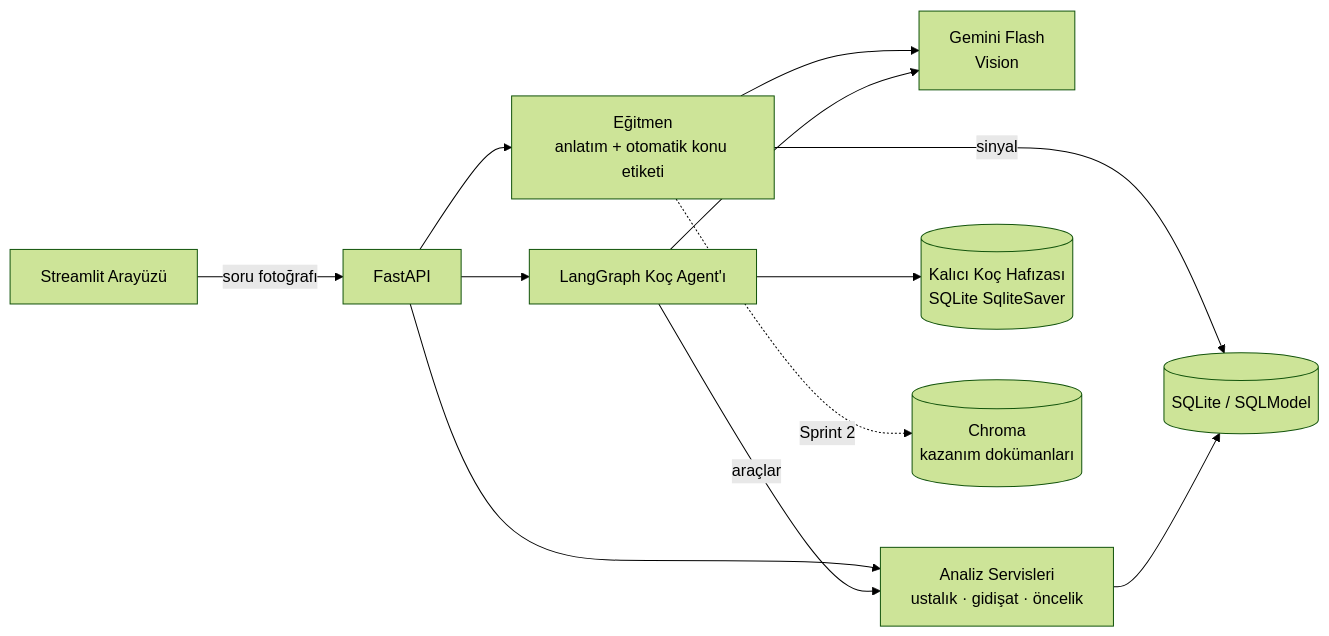
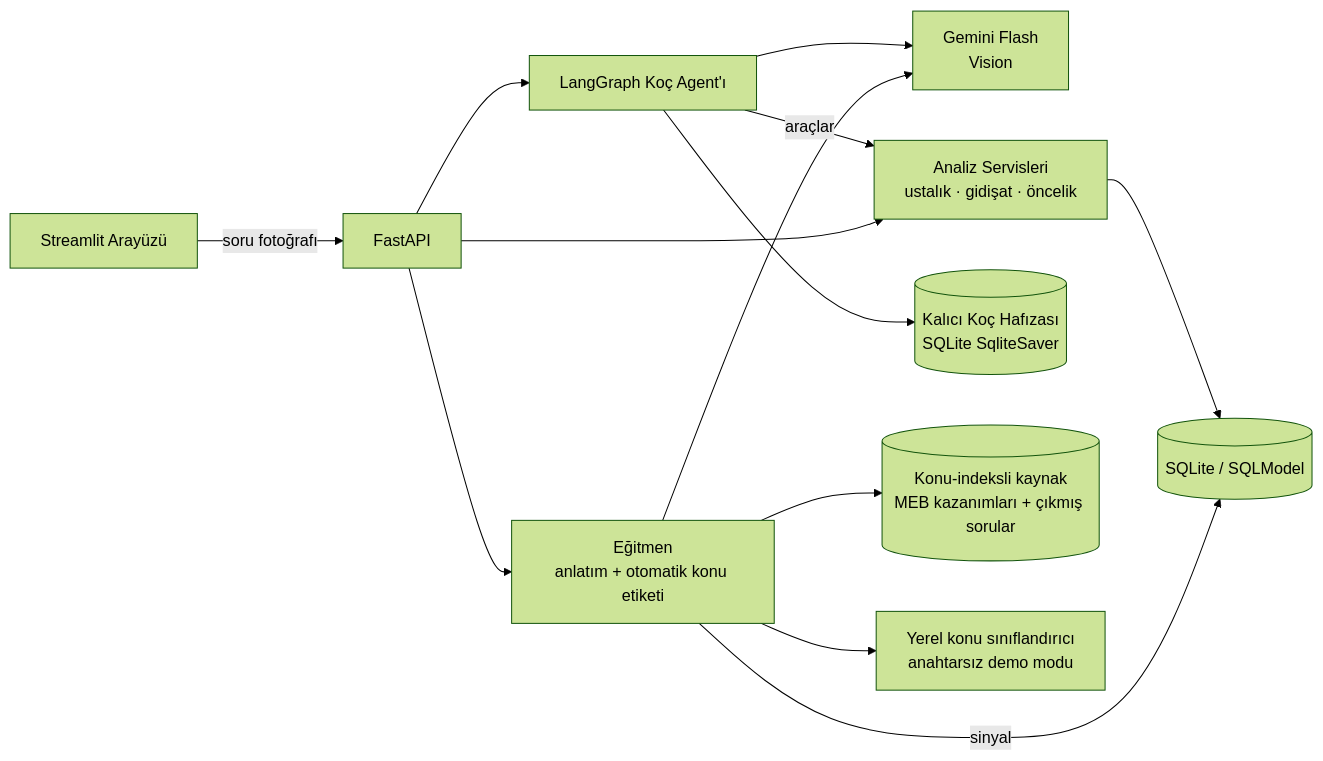
The diagram in README.md (Baharcakir/bootcamp-2026), drawn with Mermaid (forest theme) before and after one commit. The commit also changed other lines of this file and 11 other files, not shown here.

````diff
--- a/README.md
+++ b/README.md
@@ -82,14 +82,15 @@
 ```mermaid
 flowchart LR
     UI[Streamlit Arayüzü] -->|soru fotoğrafı| API[FastAPI]
     API --> TUT[Eğitmen<br/>anlatım + otomatik konu etiketi]
     TUT --> LLM[Gemini Flash<br/>Vision]
     TUT -->|sinyal| DB[(SQLite / SQLModel)]
     API --> SVC[Analiz Servisleri<br/>ustalık · gidişat · öncelik]
     SVC --> DB
     API --> AG[LangGraph Koç Agent'ı]
     AG -->|araçlar| SVC
     AG --> MEM[(Kalıcı Koç Hafızası<br/>SQLite SqliteSaver)]
     AG --> LLM
-    TUT -.Sprint 2.-> RAG[(Chroma<br/>kazanım dokümanları)]
+    TUT --> RAG[(Konu-indeksli kaynak<br/>MEB kazanımları + çıkmış sorular)]
+    TUT --> CLS[Yerel konu sınıflandırıcı<br/>anahtarsız demo modu]
 ```
````
